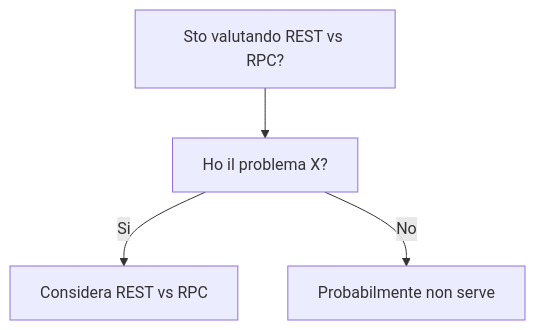
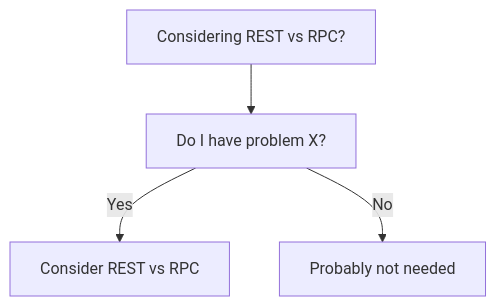
The diagram in dev-wiki/07_Networking/REST_vs_RPC/When_To_Use.md (HxT9/Software-Dev-Wiki), drawn with Mermaid before and after one commit. The commit also changed other lines of this file and 3444 other files, not shown here.

````diff
--- a/dev-wiki/07_Networking/REST_vs_RPC/When_To_Use.md
+++ b/dev-wiki/07_Networking/REST_vs_RPC/When_To_Use.md
@@ -19,6 +19,6 @@
 ```mermaid
 flowchart TD
-  Q[Sto valutando REST vs RPC?] --> Q1[Ho il problema X?]
-  Q1 -->|Si| OK[Considera REST vs RPC]
-  Q1 -->|No| NO[Probabilmente non serve]
+  Q[Considering REST vs RPC?] --> Q1[Do I have problem X?]
+  Q1 -->|Yes| OK[Consider REST vs RPC]
+  Q1 -->|No| NO[Probably not needed]
 ```
````
